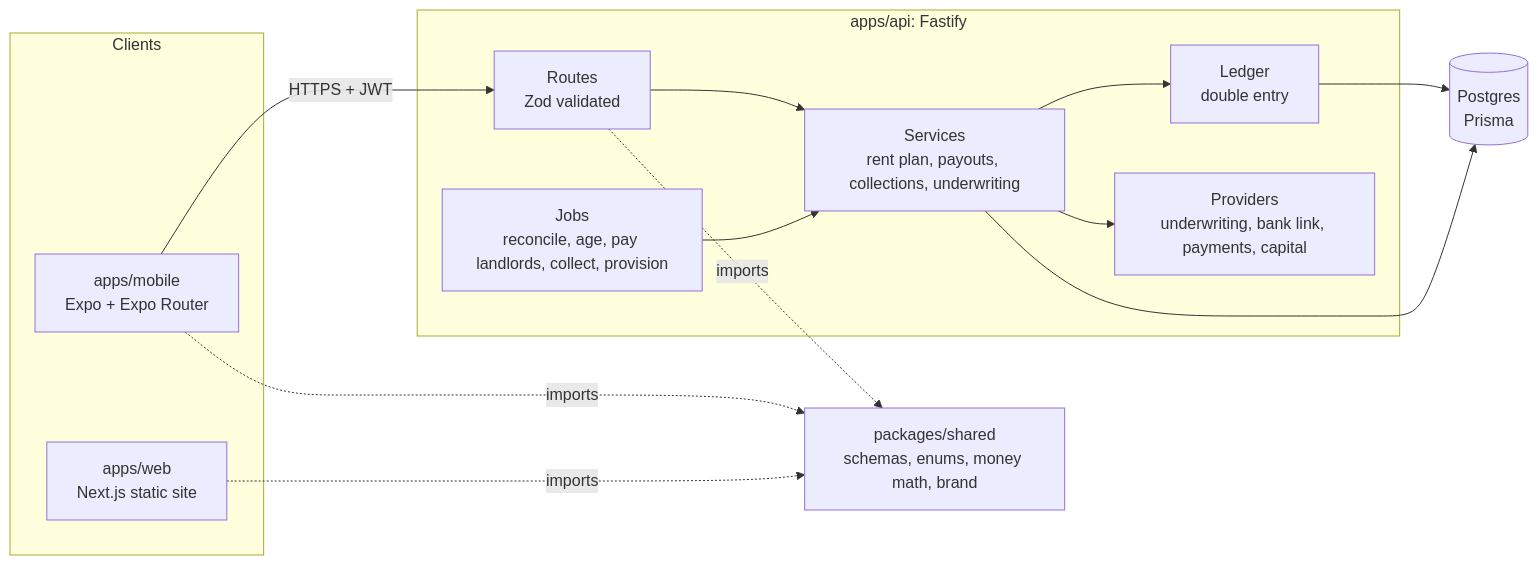
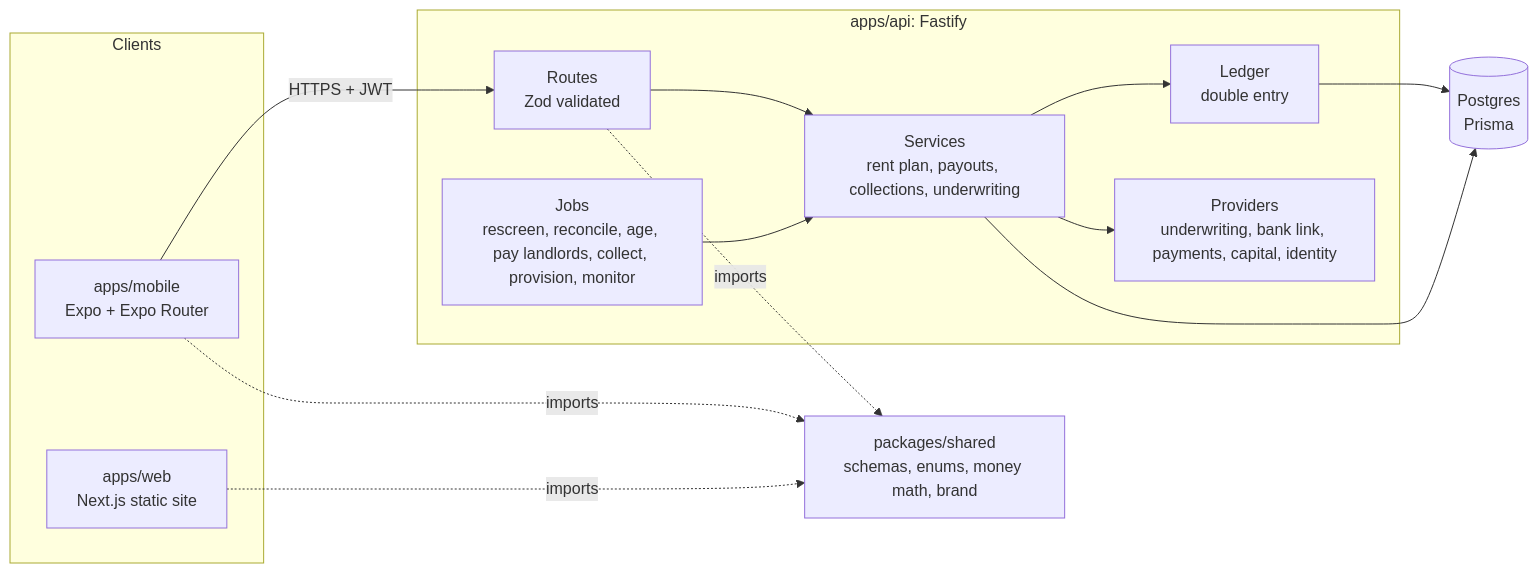
Before and after one commit to trevorfrese/cashflow: the first of 2 diagrams in ARCHITECTURE.md, drawn with Mermaid. The commit also changed other lines of this file and 85 other files, not shown here.

````diff
--- a/ARCHITECTURE.md
+++ b/ARCHITECTURE.md
@@ -8,26 +8,26 @@
 ```mermaid
 flowchart LR
   subgraph Clients
     M[apps/mobile<br/>Expo + Expo Router]
     W[apps/web<br/>Next.js static site]
   end
   subgraph API[apps/api: Fastify]
     R[Routes<br/>Zod validated]
     S[Services<br/>rent plan, payouts, collections, underwriting]
     L[Ledger<br/>double entry]
-    J[Jobs<br/>reconcile, age, pay landlords, collect, provision]
-    P[Providers<br/>underwriting, bank link, payments, capital]
+    J[Jobs<br/>rescreen, reconcile, age, pay landlords, collect, provision, monitor]
+    P[Providers<br/>underwriting, bank link, payments, capital, identity]
   end
   DB[(Postgres<br/>Prisma)]
   SH[packages/shared<br/>schemas, enums, money math, brand]
   M -->|HTTPS + JWT| R
   R --> S
   J --> S
   S --> L
   S --> P
   L --> DB
   S --> DB
   M -.imports.-> SH
   R -.imports.-> SH
   W -.imports.-> SH
 ```
````
